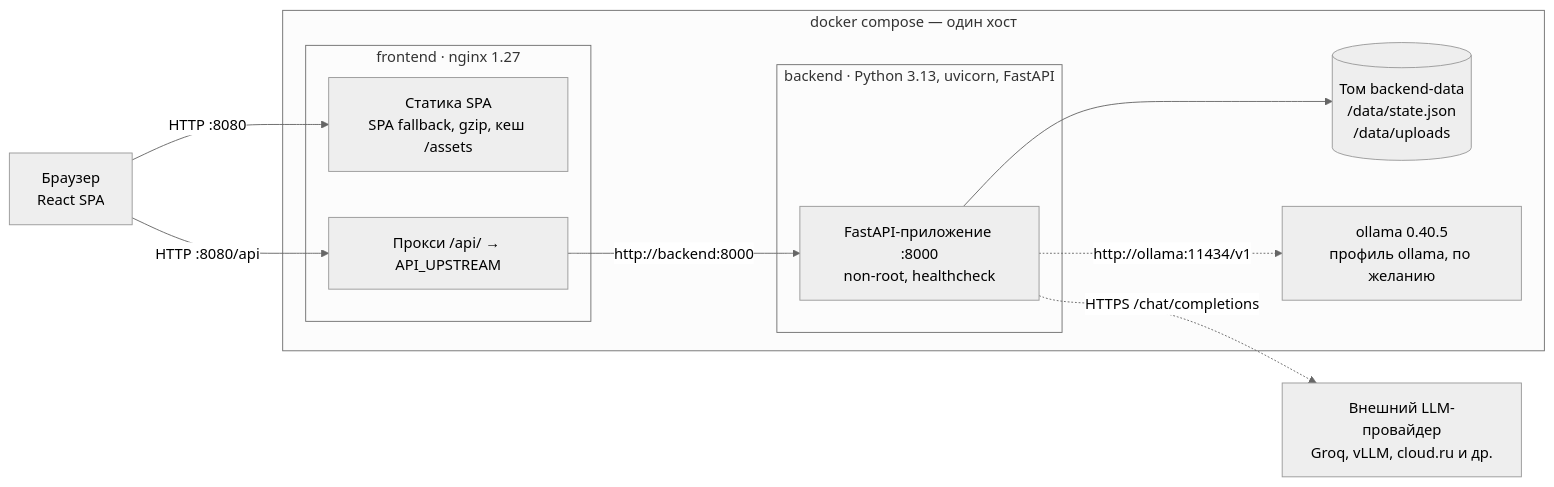
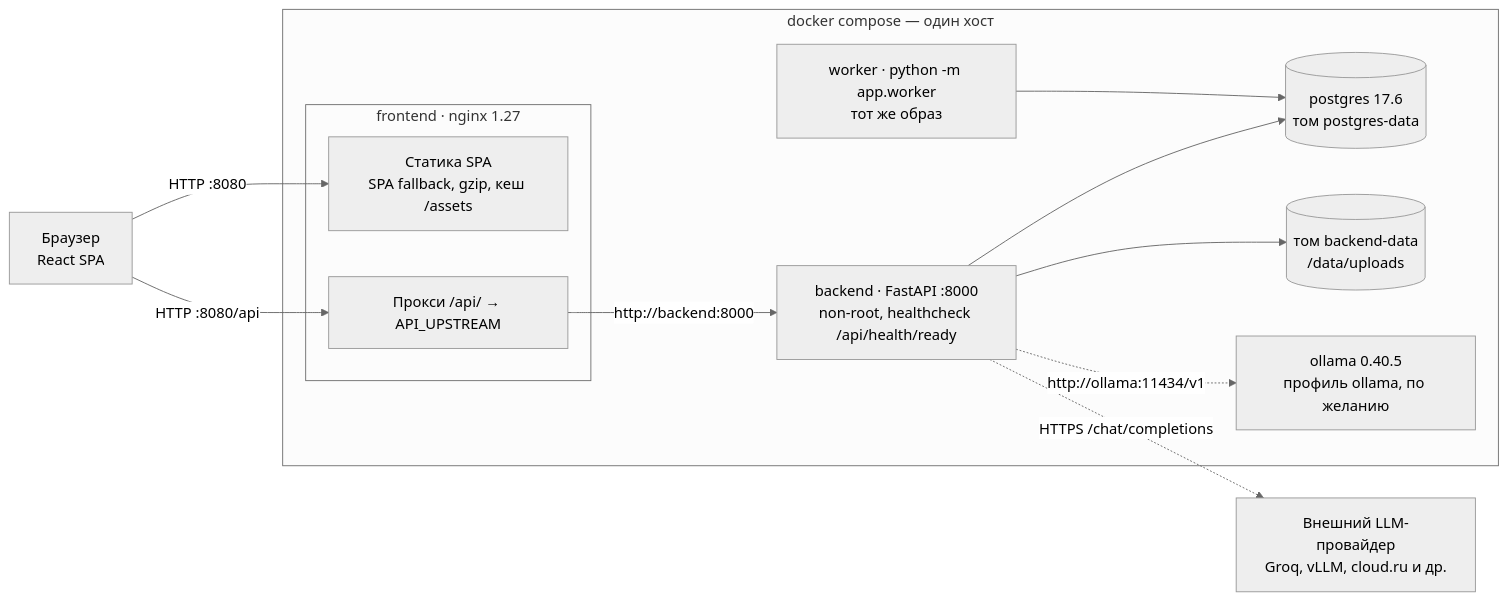
Before and after one commit to hugecatdev/alpharay: the second of 8 diagrams in docs/architecture.md, drawn with Mermaid (neutral theme). The commit also changed other lines of this file and 88 other files, not shown here.

````diff
--- a/docs/architecture.md
+++ b/docs/architecture.md
@@ -37,25 +39,27 @@
 ```mermaid
 flowchart LR
     browser["Браузер<br/>React SPA"]
 
     subgraph host["docker compose — один хост"]
         subgraph fe["frontend · nginx 1.27"]
             static["Статика SPA<br/>SPA fallback, gzip, кеш /assets"]
             proxy["Прокси /api/ → API_UPSTREAM"]
         end
-        subgraph be["backend · Python 3.13, uvicorn, FastAPI"]
-            app["FastAPI-приложение :8000<br/>non-root, healthcheck"]
-        end
-        vol[("Том backend-data<br/>/data/state.json<br/>/data/uploads")]
+        api["backend · FastAPI :8000<br/>non-root, healthcheck /api/health/ready"]
+        worker["worker · python -m app.worker<br/>тот же образ"]
+        pg[("postgres 17.6<br/>том postgres-data")]
+        files[("том backend-data<br/>/data/uploads")]
         ollama["ollama 0.40.5<br/>профиль ollama, по желанию"]
     end
 
     cloud["Внешний LLM-провайдер<br/>Groq, vLLM, cloud.ru и др."]
 
     browser -->|"HTTP :8080"| static
     browser -->|"HTTP :8080/api"| proxy
-    proxy -->|"http://backend:8000"| app
-    app --> vol
-    app -.->|"HTTPS /chat/completions"| cloud
-    app -.->|"http://ollama:11434/v1"| ollama
+    proxy -->|"http://backend:8000"| api
+    api --> pg
+    worker --> pg
+    api --> files
+    api -.->|"HTTPS /chat/completions"| cloud
+    api -.->|"http://ollama:11434/v1"| ollama
 ```
````
